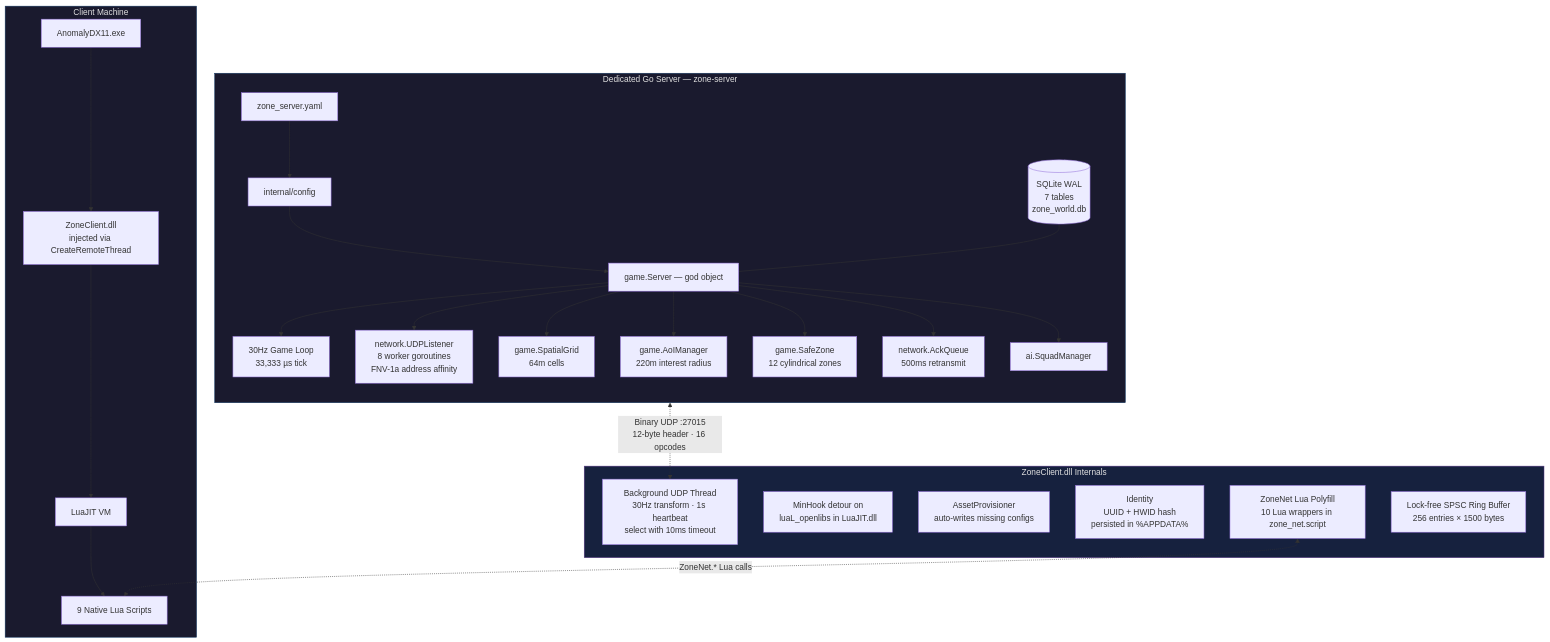
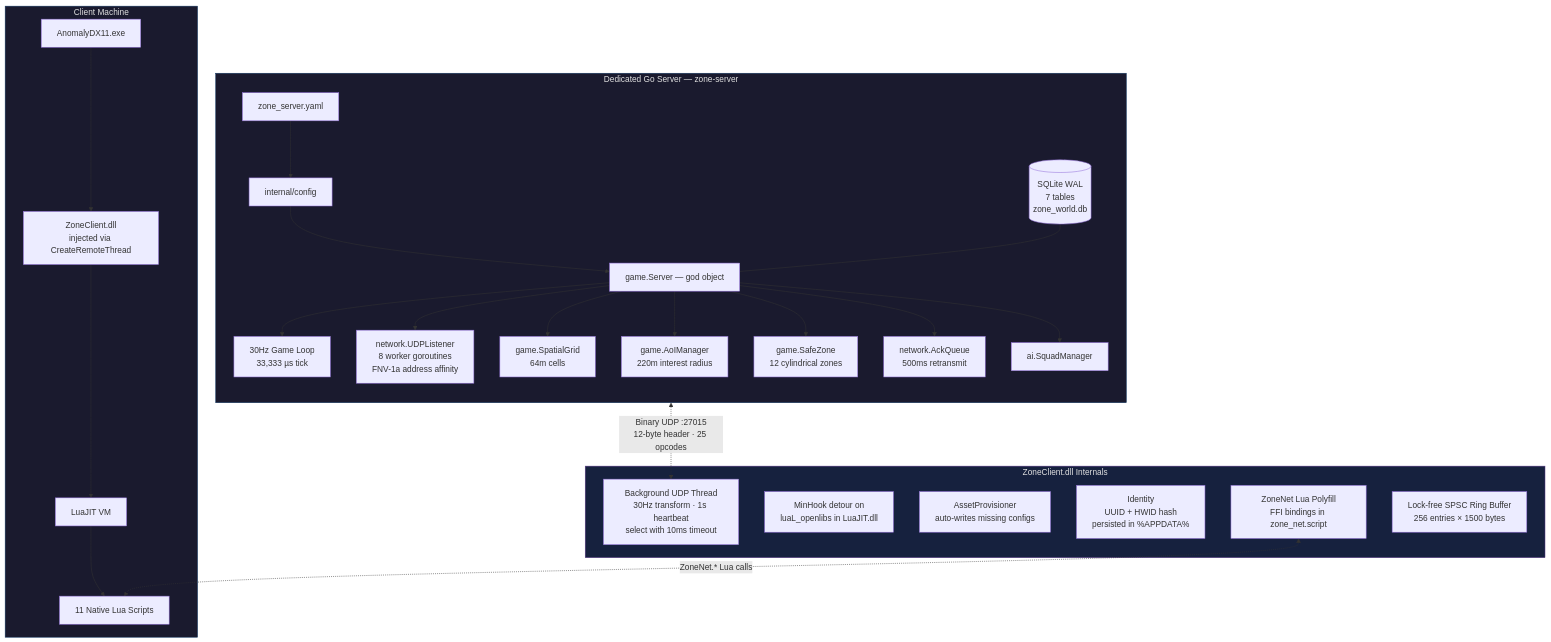
Before and after one commit to AnarchadiaMC/Zone: the first of 3 diagrams in README.md, drawn with Mermaid. The commit also changed other lines of this file and 2 other files, not shown here.

First line of the commit message:
feat(server): CLI flags, docs and production roadmap

````diff
--- a/README.md
+++ b/README.md
@@ -14,38 +14,38 @@
 ```mermaid
 graph TB
     subgraph Server["Dedicated Go Server — zone-server"]
         direction TB
         YAML["zone_server.yaml"] --> CFG["internal/config"]
         CFG --> SRV["game.Server — god object"]
         SRV --> TICK["30Hz Game Loop<br/>33,333 µs tick"]
         SRV --> UDP["network.UDPListener<br/>8 worker goroutines<br/>FNV-1a address affinity"]
         SRV --> SPATIAL["game.SpatialGrid<br/>64m cells"]
         SRV --> AOI["game.AoIManager<br/>220m interest radius"]
         SRV --> SZ["game.SafeZone<br/>12 cylindrical zones"]
         SRV --> ACK["network.AckQueue<br/>500ms retransmit"]
         SRV --> AI["ai.SquadManager"]
         DB[("SQLite WAL<br/>7 tables<br/>zone_world.db")] --- SRV
     end
 
     subgraph Client["Client Machine"]
         EXE["AnomalyDX11.exe"] --> DLL["ZoneClient.dll<br/>injected via CreateRemoteThread"]
         DLL --> LUA["LuaJIT VM"]
-        LUA --> SCRIPTS["9 Native Lua Scripts"]
+        LUA --> SCRIPTS["11 Native Lua Scripts"]
     end
 
     subgraph DLLInternals["ZoneClient.dll Internals"]
         NET["Background UDP Thread<br/>30Hz transform · 1s heartbeat<br/>select with 10ms timeout"]
         HOOK["MinHook detour on<br/>luaL_openlibs in LuaJIT.dll"]
         PROV["AssetProvisioner<br/>auto-writes missing configs"]
         ID["Identity<br/>UUID + HWID hash<br/>persisted in %APPDATA%"]
-        BIND["ZoneNet Lua Polyfill<br/>10 Lua wrappers in zone_net.script"]
+        BIND["ZoneNet Lua Polyfill<br/>FFI bindings in zone_net.script"]
         RING["Lock-free SPSC Ring Buffer<br/>256 entries × 1500 bytes"]
     end
 
-    UDP <-.->|"Binary UDP :27015<br/>12-byte header · 16 opcodes"| NET
+    UDP <-.->|"Binary UDP :27015<br/>12-byte header · 25 opcodes"| NET
     BIND <-.->|"ZoneNet.* Lua calls"| SCRIPTS
 
     style Server fill:#1a1a2e,stroke:#0f3460,color:#e0e0e0
     style Client fill:#1a1a2e,stroke:#0f3460,color:#e0e0e0
     style DLLInternals fill:#16213e,stroke:#533483,color:#e0e0e0
 ```
````
